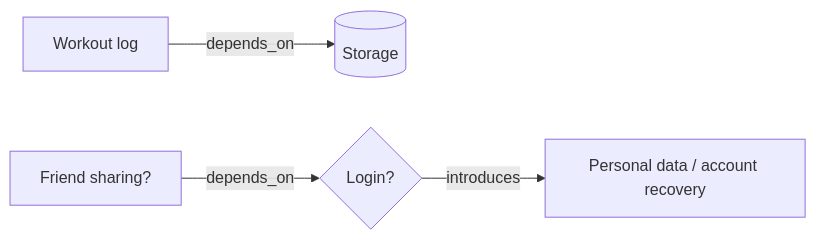
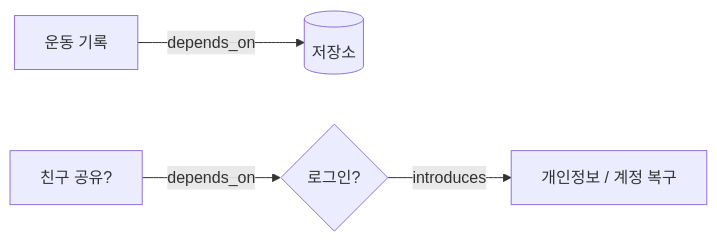
One commit to Navv6/thinklayer changed the diagram in examples/workout-tracker/map.md. Above: the diagram before and after it, drawn with Mermaid. The commit also changed other lines of this file and 8 other files, not shown here.

````diff
--- a/examples/workout-tracker/map.md
+++ b/examples/workout-tracker/map.md
@@ -3,6 +3,6 @@
 ```mermaid
 graph LR
-  log[Workout log] -- depends_on --> storage[(Storage)]
-  share[Friend sharing?] -- depends_on --> login{Login?}
-  login -- introduces --> pii[Personal data / account recovery]
+  log[운동 기록] -- depends_on --> storage[(저장소)]
+  share[친구 공유?] -- depends_on --> login{로그인?}
+  login -- introduces --> pii[개인정보 / 계정 복구]
 ```
````
